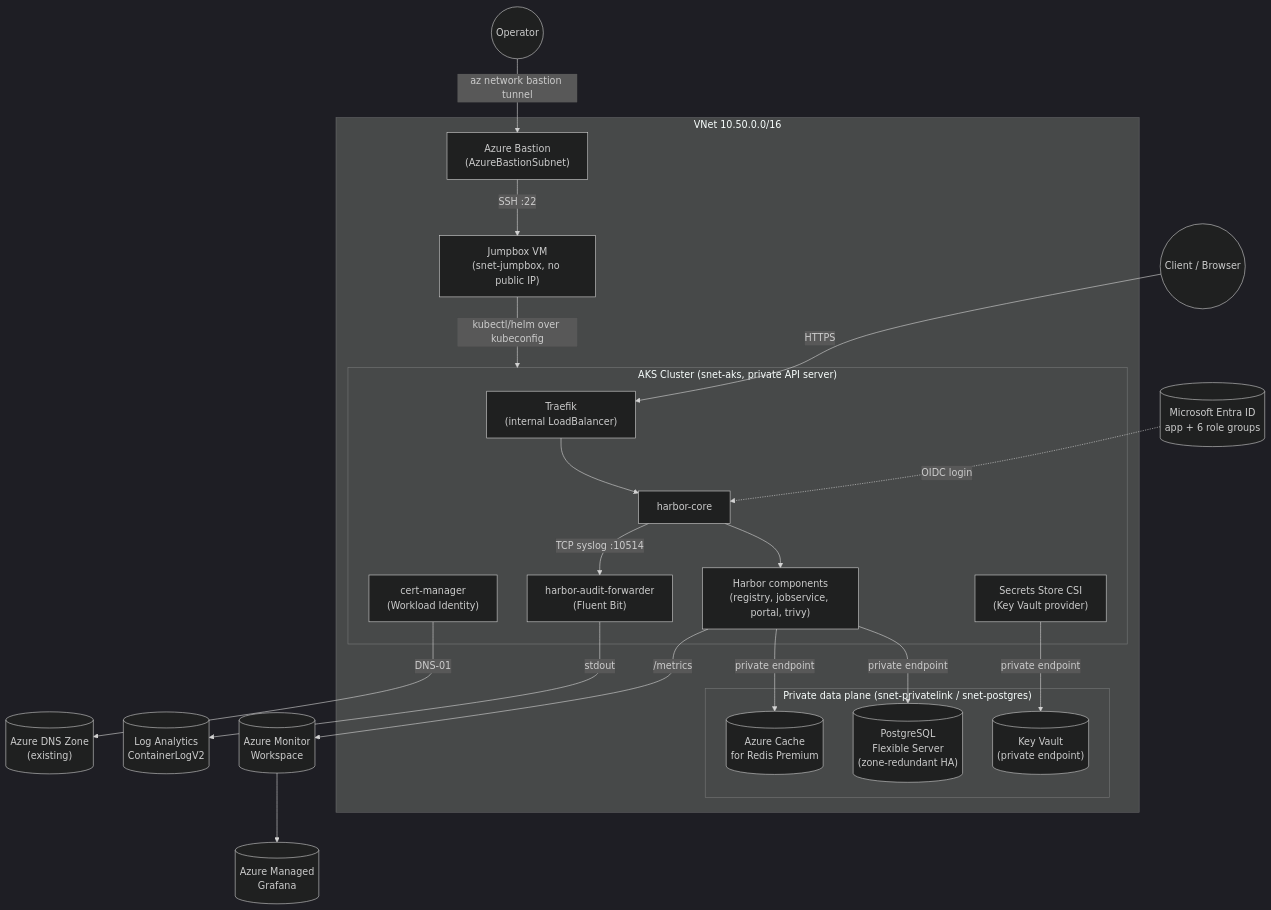
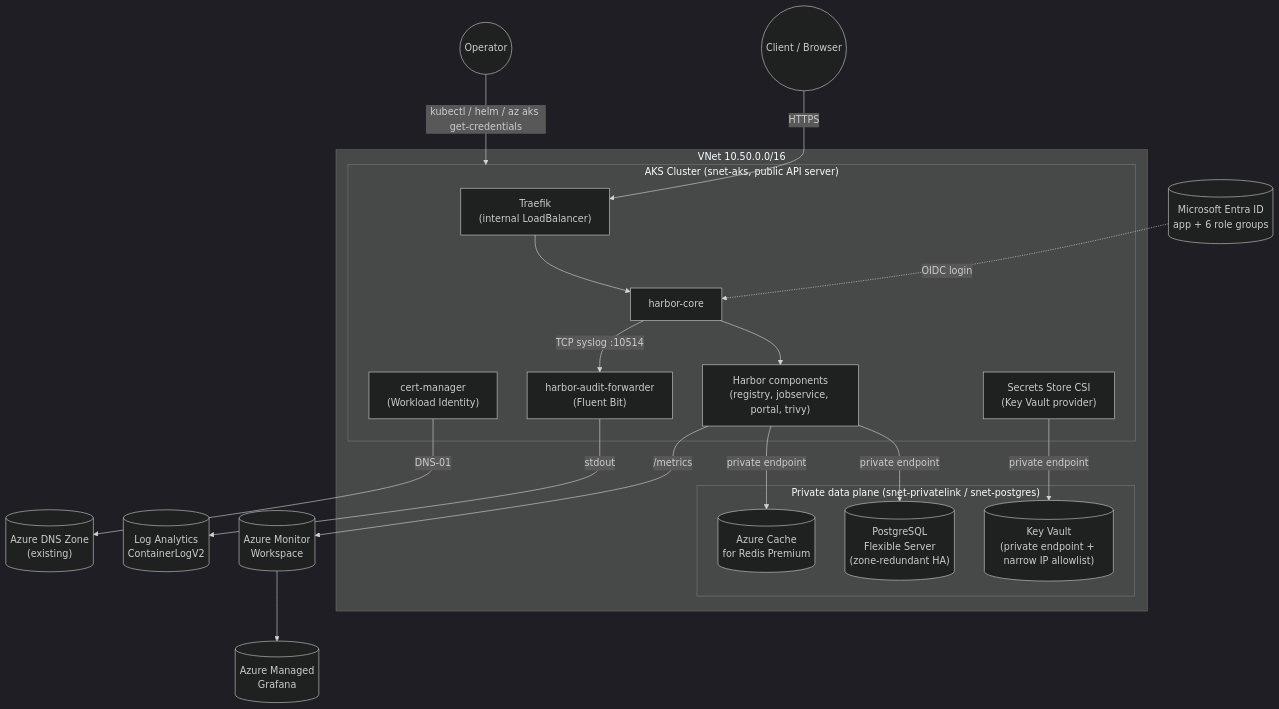
One commit to kasunsjc/Code-Snippets changed the diagram in AKS-Harbor-Production-Demo/README.md. Above: the diagram before and after it, drawn with Mermaid (dark theme). The commit also changed other lines of this file and 15 other files, not shown here.

First line of the commit message:
Refactor AKS-Harbor deployment by removing jumpbox and bastion components

````diff
--- a/AKS-Harbor-Production-Demo/README.md
+++ b/AKS-Harbor-Production-Demo/README.md
@@ -32,41 +33,36 @@
 ```mermaid
 flowchart TB
-    Operator(("Operator")) -->|az network bastion tunnel| Bastion
+    Operator(("Operator")) -->|kubectl / helm / az aks get-credentials| AKS
+    Internet(("Client / Browser")) -->|HTTPS| Traefik
 
     subgraph VNet["VNet 10.50.0.0/16"]
-        Bastion["Azure Bastion\n(AzureBastionSubnet)"]
-        Jumpbox["Jumpbox VM\n(snet-jumpbox, no public IP)"]
-        Bastion -->|SSH :22| Jumpbox
-
-        subgraph AKS["AKS Cluster (snet-aks, private API server)"]
+        subgraph AKS["AKS Cluster (snet-aks, public API server)"]
             Traefik["Traefik\n(internal LoadBalancer)"]
             CertManager["cert-manager\n(Workload Identity)"]
             Forwarder["harbor-audit-forwarder\n(Fluent Bit)"]
             HarborCore["harbor-core"]
             HarborSvc["Harbor components\n(registry, jobservice, portal, trivy)"]
             CSI["Secrets Store CSI\n(Key Vault provider)"]
         end
-        Jumpbox -->|kubectl/helm over kubeconfig| AKS
 
         subgraph Data["Private data plane (snet-privatelink / snet-postgres)"]
             PG[("PostgreSQL\nFlexible Server\n(zone-redundant HA)")]
             Redis[("Azure Cache\nfor Redis Premium")]
-            KV[("Key Vault\n(private endpoint)")]
+            KV[("Key Vault\n(private endpoint + narrow IP allowlist)")]
         end
     end
 
-    Internet(("Client / Browser")) -->|HTTPS| Traefik
     Traefik --> HarborCore
     HarborCore --> HarborSvc
     HarborSvc -->|private endpoint| PG
     HarborSvc -->|private endpoint| Redis
     CSI -->|private endpoint| KV
     HarborCore -->|TCP syslog :10514| Forwarder
     Forwarder -->|stdout| LAW[("Log Analytics\nContainerLogV2")]
     HarborSvc -->|/metrics| AMW[("Azure Monitor\nWorkspace")]
     AMW --> Grafana[("Azure Managed\nGrafana")]
 
     CertManager -->|DNS-01| AzureDNS[("Azure DNS Zone\n(existing)")]
 
     EntraID[("Microsoft Entra ID\napp + 6 role groups")] -.->|OIDC login| HarborCore
 ```
````
